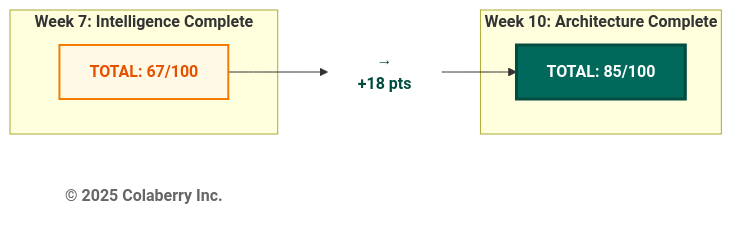
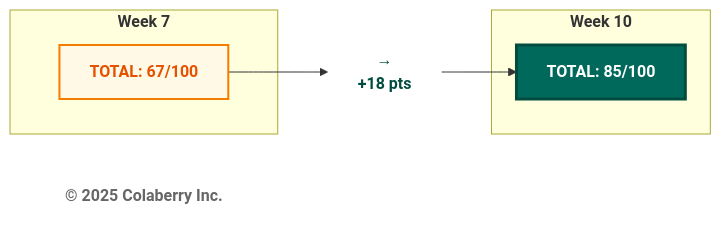
One commit to saitejesh-cyber/trust-before-intelligence-book changed diagram 11 of 13 in manuscript/chapter_6_transparency_orchestration_layers_v1_8.md. Above: the diagram before and after it, drawn with Mermaid. The commit also changed other lines of this file, not shown here.

First line of the commit message:
Updated chapter 6 with better diagrams

````diff
--- a/manuscript/chapter_6_transparency_orchestration_layers_v1_8.md
+++ b/manuscript/chapter_6_transparency_orchestration_layers_v1_8.md
@@ -1113,21 +1093,21 @@
 ```mermaid
 graph LR
-    subgraph "<b>Week 7: Intelligence Complete</b>"
+    subgraph "<b>Week 7</b>"
         W7["<b>TOTAL: 67/100</b>"]
     end
     
     Arrow["<b>→</b><br/><b>+18 pts</b>"]
     
-    subgraph "<b>Week 10: Architecture Complete</b>"
+    subgraph "<b>Week 10</b>"
         W10["<b>TOTAL: 85/100</b>"]
     end
     
     Copyright["<b>© 2025 Colaberry Inc.</b>"]
     
     W7 --> Arrow --> W10
     
     style W7 fill:#fff9e6,stroke:#f57c00,stroke-width:2px,color:#e65100
     style Arrow fill:#ffffff,stroke:none,color:#004d40
     style W10 fill:#00695c,color:#ffffff,stroke:#004d40,stroke-width:3px
     style Copyright fill:#ffffff,stroke:none,color:#666666
 ```
````
